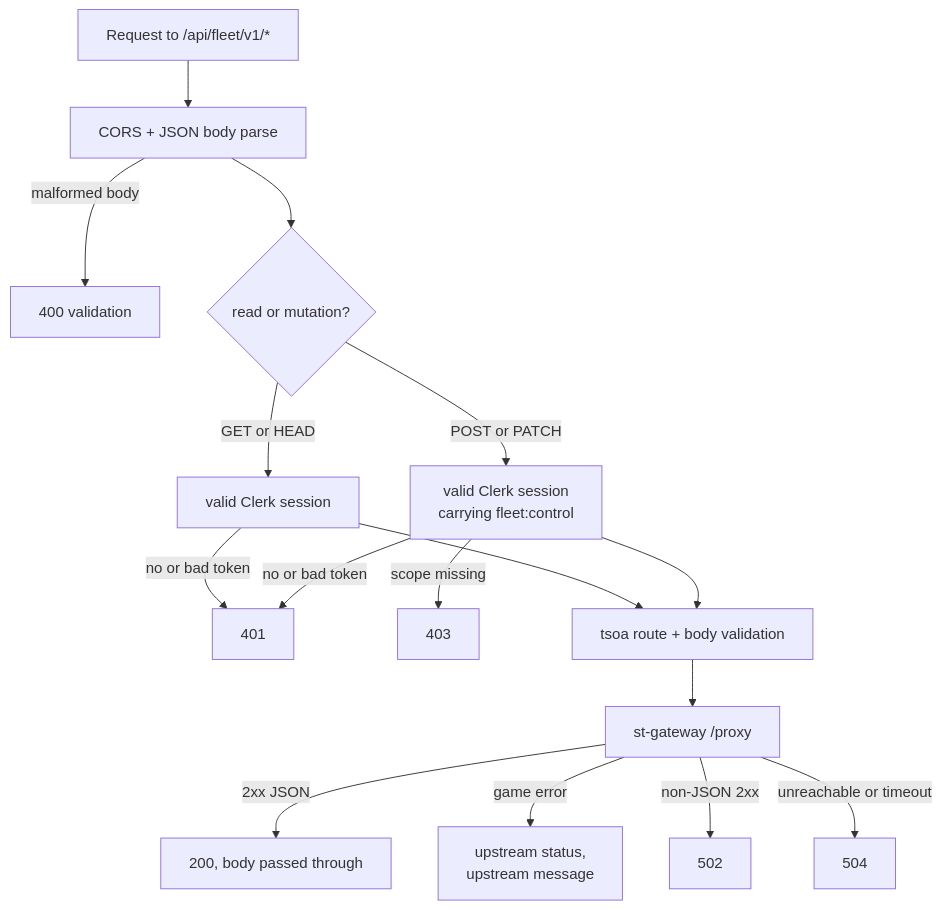
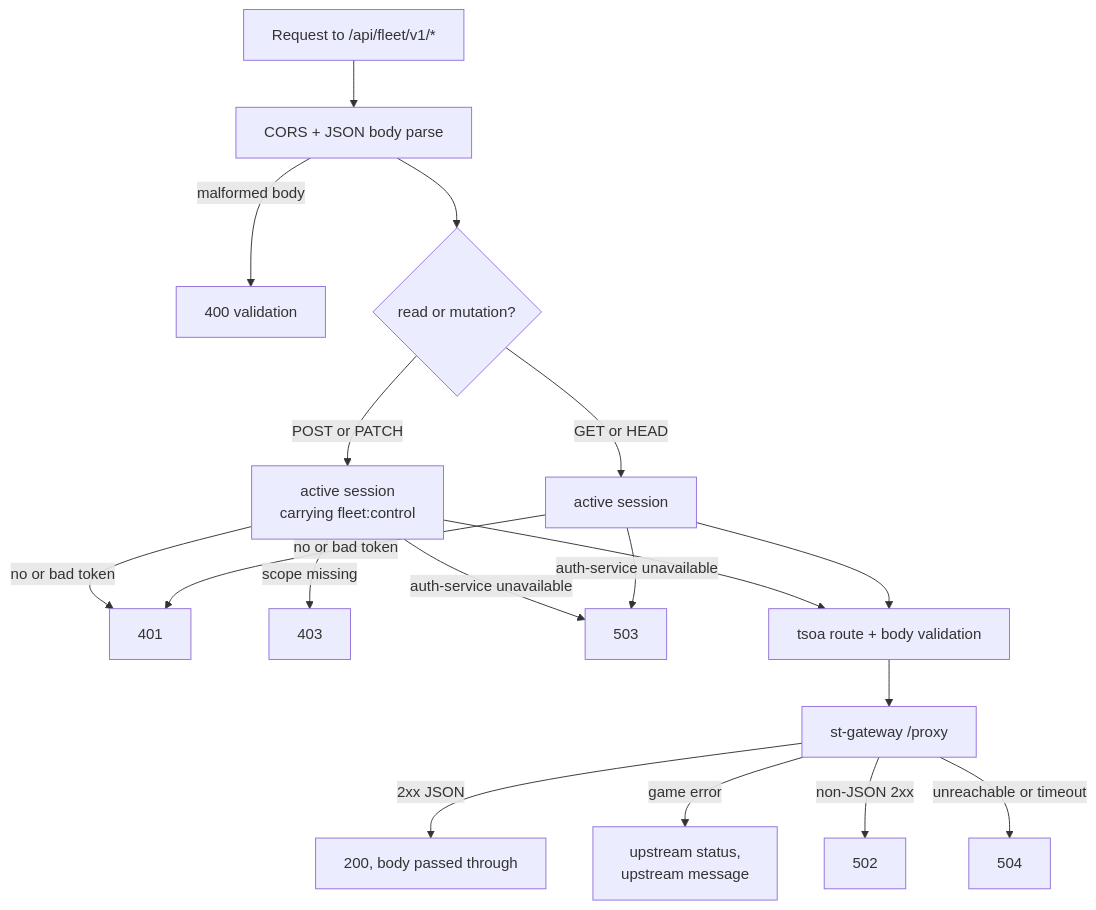
Before and after one commit to V-M-Pioneer-Trading/fleet-service: the second of 3 diagrams in README.md, drawn with Mermaid. The commit also changed other lines of this file and 16 other files, not shown here.

First line of the commit message:
Ask auth-service, not a local key, whether a token is good (meta#80 step 5) (#21)

````diff
--- a/README.md
+++ b/README.md
@@ -55,18 +55,20 @@
 ```mermaid
 flowchart TD
   req["Request to /api/fleet/v1/*"] --> cors["CORS + JSON body parse"]
   cors -->|"malformed body"| e400["400 validation"]
   cors --> method{"read or mutation?"}
-  method -->|"GET or HEAD"| session["valid Clerk session"]
-  method -->|"POST or PATCH"| scope["valid Clerk session<br/>carrying fleet:control"]
+  method -->|"GET or HEAD"| session["active session"]
+  method -->|"POST or PATCH"| scope["active session<br/>carrying fleet:control"]
   session -->|"no or bad token"| e401["401"]
   scope -->|"no or bad token"| e401
   scope -->|"scope missing"| e403["403"]
+  session -->|"auth-service unavailable"| e503["503"]
+  scope -->|"auth-service unavailable"| e503
   session --> route["tsoa route + body validation"]
   scope --> route
   route --> upstream["st-gateway /proxy"]
   upstream -->|"2xx JSON"| ok["200, body passed through"]
   upstream -->|"game error"| passthru["upstream status,<br/>upstream message"]
   upstream -->|"non-JSON 2xx"| e502["502"]
   upstream -->|"unreachable or timeout"| e504["504"]
 ```
````
